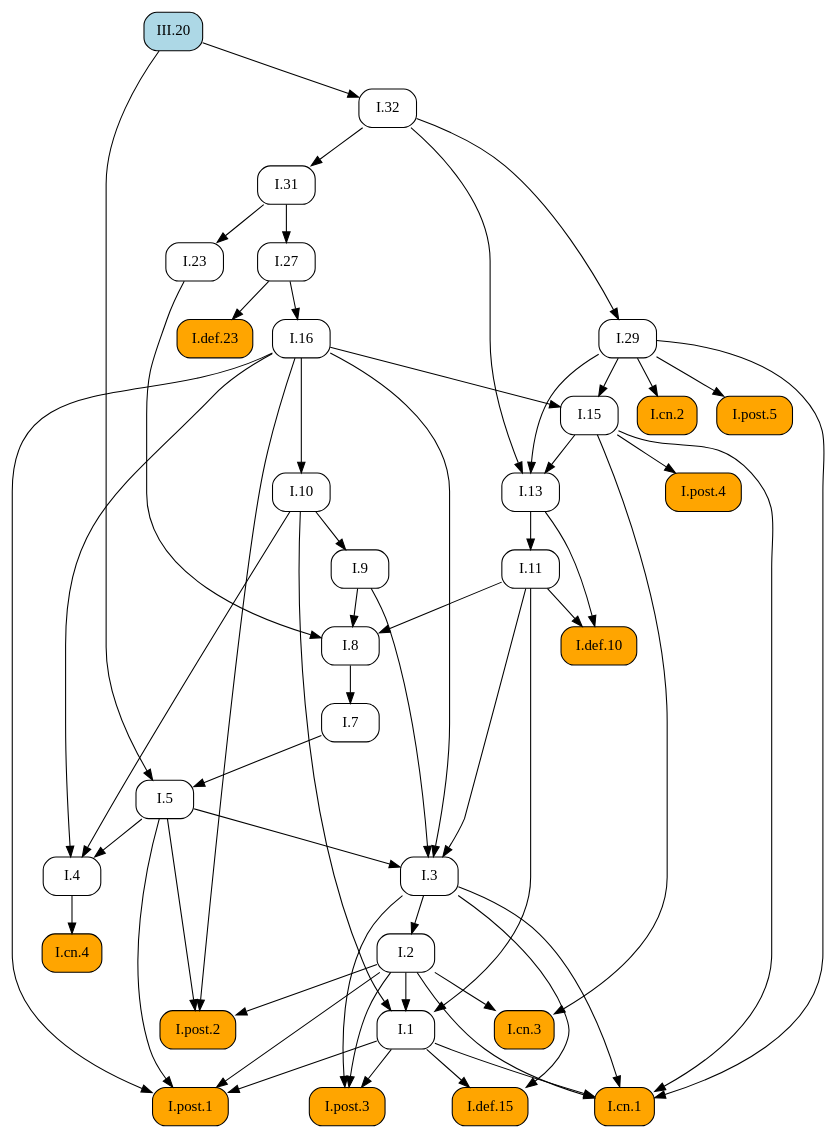
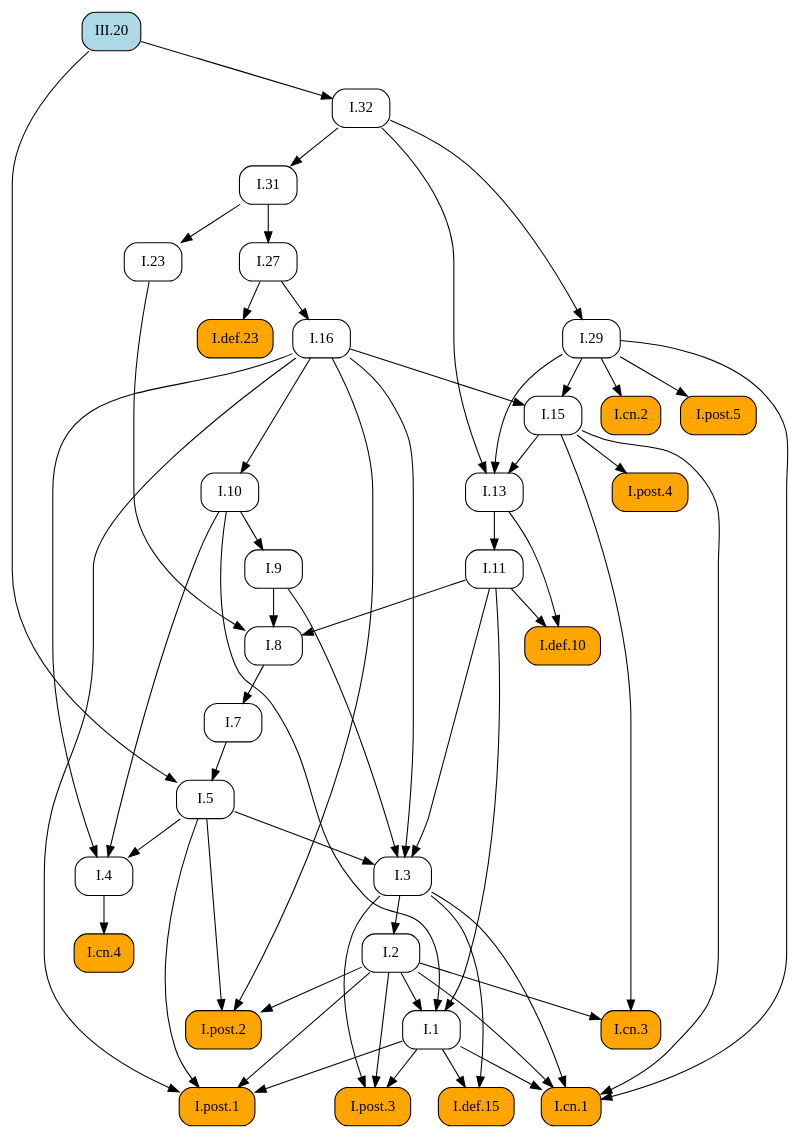
Before and after one commit to geometor/elements: the diagram in docsrc/elements2/III/20/index.rst, drawn with Graphviz. The commit also changed other lines of this file and 409 other files, not shown here.

First line of the commit message:
feat: Add image cropping and graphic extraction script

```diff
--- a/docsrc/elements2/III/20/index.rst
+++ b/docsrc/elements2/III/20/index.rst
@@ -65,92 +65,92 @@
    digraph {
      rankdir="TB";
      node [shape=box, style=rounded];
+     "I.def.15" [style="rounded,filled", fillcolor=orange, URL="/elements2/I/def.15/", target="_top"];
+     "I.31" [URL="/elements2/I/31/", target="_top"];
+     "I.def.10" [style="rounded,filled", fillcolor=orange, URL="/elements2/I/def.10/", target="_top"];
+     "I.11" [URL="/elements2/I/11/", target="_top"];
      "I.8" [URL="/elements2/I/8/", target="_top"];
+     "I.def.23" [style="rounded,filled", fillcolor=orange, URL="/elements2/I/def.23/", target="_top"];
+     "I.5" [URL="/elements2/I/5/", target="_top"];
+     "I.15" [URL="/elements2/I/15/", target="_top"];
+     "I.post.5" [style="rounded,filled", fillcolor=orange, URL="/elements2/I/post.5/", target="_top"];
+     "I.3" [URL="/elements2/I/3/", target="_top"];
+     "I.cn.2" [style="rounded,filled", fillcolor=orange, URL="/elements2/I/cn.2/", target="_top"];
+     "I.10" [URL="/elements2/I/10/", target="_top"];
+     "I.cn.3" [style="rounded,filled", fillcolor=orange, URL="/elements2/I/cn.3/", target="_top"];
+     "I.cn.1" [style="rounded,filled", fillcolor=orange, URL="/elements2/I/cn.1/", target="_top"];
+     "I.13" [URL="/elements2/I/13/", target="_top"];
      "I.32" [URL="/elements2/I/32/", target="_top"];
+     "I.4" [URL="/elements2/I/4/", target="_top"];
+     "I.post.3" [style="rounded,filled", fillcolor=orange, URL="/elements2/I/post.3/", target="_top"];
+     "I.7" [URL="/elements2/I/7/", target="_top"];
+     "I.9" [URL="/elements2/I/9/", target="_top"];
+     "I.29" [URL="/elements2/I/29/", target="_top"];
+     "I.23" [URL="/elements2/I/23/", target="_top"];
+     "I.16" [URL="/elements2/I/16/", target="_top"];
+     "I.post.1" [style="rounded,filled", fillcolor=orange, URL="/elements2/I/post.1/", target="_top"];
+     "I.2" [URL="/elements2/I/2/", target="_top"];
+     "III.20" [style="rounded,filled", fillcolor=lightblue, URL="/elements2/III/20/", target="_top"];
+     "I.27" [URL="/elements2/I/27/", target="_top"];
+     "I.cn.4" [style="rounded,filled", fillcolor=orange, URL="/elements2/I/cn.4/", target="_top"];
+     "I.post.4" [style="rounded,filled", fillcolor=orange, URL="/elements2/I/post.4/", target="_top"];
      "I.1" [URL="/elements2/I/1/", target="_top"];
-     "I.cn.4" [style="rounded,filled", fillcolor=orange, URL="/elements2/I/cn.4/", target="_top"];
-     "I.cn.3" [style="rounded,filled", fillcolor=orange, URL="/elements2/I/cn.3/", target="_top"];
-     "III.20" [style="rounded,filled", fillcolor=lightblue, URL="/elements2/III/20/", target="_top"];
-     "I.7" [URL="/elements2/I/7/", target="_top"];
-     "I.post.1" [style="rounded,filled", fillcolor=orange, URL="/elements2/I/post.1/", target="_top"];
-     "I.9" [URL="/elements2/I/9/", target="_top"];
-     "I.5" [URL="/elements2/I/5/", target="_top"];
-     "I.post.5" [style="rounded,filled", fillcolor=orange, URL="/elements2/I/post.5/", target="_top"];
-     "I.cn.1" [style="rounded,filled", fillcolor=orange, URL="/elements2/I/cn.1/", target="_top"];
-     "I.29" [URL="/elements2/I/29/", target="_top"];
-     "I.def.10" [style="rounded,filled", fillcolor=orange, URL="/elements2/I/def.10/", target="_top"];
-     "I.post.4" [style="rounded,filled", fillcolor=orange, URL="/elements2/I/post.4/", target="_top"];
-     "I.16" [URL="/elements2/I/16/", target="_top"];
-     "I.cn.2" [style="rounded,filled", fillcolor=orange, URL="/elements2/I/cn.2/", target="_top"];
-     "I.13" [URL="/elements2/I/13/", target="_top"];
-     "I.2" [URL="/elements2/I/2/", target="_top"];
-     "I.27" [URL="/elements2/I/27/", target="_top"];
-     "I.def.15" [style="rounded,filled", fillcolor=orange, URL="/elements2/I/def.15/", target="_top"];
-     "I.4" [URL="/elements2/I/4/", target="_top"];
-     "I.def.23" [style="rounded,filled", fillcolor=orange, URL="/elements2/I/def.23/", target="_top"];
-     "I.31" [URL="/elements2/I/31/", target="_top"];
-     "I.11" [URL="/elements2/I/11/", target="_top"];
-     "I.10" [URL="/elements2/I/10/", target="_top"];
-     "I.15" [URL="/elements2/I/15/", target="_top"];
-     "I.3" [URL="/elements2/I/3/", target="_top"];
      "I.post.2" [style="rounded,filled", fillcolor=orange, URL="/elements2/I/post.2/", target="_top"];
-     "I.23" [URL="/elements2/I/23/", target="_top"];
-     "I.post.3" [style="rounded,filled", fillcolor=orange, URL="/elements2/I/post.3/", target="_top"];
+     "I.1" -> "I.def.15";
+     "I.3" -> "I.def.15";
+     "I.32" -> "I.31";
+     "I.11" -> "I.def.10";
+     "I.13" -> "I.def.10";
+     "I.13" -> "I.11";
      "I.9" -> "I.8";
      "I.11" -> "I.8";
      "I.23" -> "I.8";
-     "III.20" -> "I.32";
-     "I.2" -> "I.1";
-     "I.10" -> "I.1";
-     "I.11" -> "I.1";
-     "I.4" -> "I.cn.4";
+     "I.27" -> "I.def.23";
+     "I.7" -> "I.5";
+     "III.20" -> "I.5";
+     "I.16" -> "I.15";
+     "I.29" -> "I.15";
+     "I.29" -> "I.post.5";
+     "I.5" -> "I.3";
+     "I.9" -> "I.3";
+     "I.11" -> "I.3";
+     "I.16" -> "I.3";
+     "I.29" -> "I.cn.2";
+     "I.16" -> "I.10";
      "I.2" -> "I.cn.3";
      "I.15" -> "I.cn.3";
-     "I.8" -> "I.7";
-     "I.1" -> "I.post.1";
-     "I.2" -> "I.post.1";
-     "I.5" -> "I.post.1";
-     "I.16" -> "I.post.1";
-     "I.10" -> "I.9";
-     "I.7" -> "I.5";
-     "III.20" -> "I.5";
-     "I.29" -> "I.post.5";
      "I.1" -> "I.cn.1";
      "I.2" -> "I.cn.1";
      "I.3" -> "I.cn.1";
      "I.15" -> "I.cn.1";
      "I.29" -> "I.cn.1";
-     "I.32" -> "I.29";
-     "I.11" -> "I.def.10";
-     "I.13" -> "I.def.10";
-     "I.15" -> "I.post.4";
-     "I.27" -> "I.16";
-     "I.29" -> "I.cn.2";
      "I.15" -> "I.13";
      "I.29" -> "I.13";
      "I.32" -> "I.13";
-     "I.3" -> "I.2";
-     "I.31" -> "I.27";
-     "I.1" -> "I.def.15";
-     "I.3" -> "I.def.15";
+     "III.20" -> "I.32";
      "I.5" -> "I.4";
      "I.10" -> "I.4";
      "I.16" -> "I.4";
-     "I.27" -> "I.def.23";
-     "I.32" -> "I.31";
-     "I.13" -> "I.11";
-     "I.16" -> "I.10";
-     "I.16" -> "I.15";
-     "I.29" -> "I.15";
-     "I.5" -> "I.3";
-     "I.9" -> "I.3";
-     "I.11" -> "I.3";
-     "I.16" -> "I.3";
+     "I.1" -> "I.post.3";
+     "I.2" -> "I.post.3";
+     "I.3" -> "I.post.3";
+     "I.8" -> "I.7";
+     "I.10" -> "I.9";
+     "I.32" -> "I.29";
+     "I.31" -> "I.23";
+     "I.27" -> "I.16";
+     "I.1" -> "I.post.1";
+     "I.2" -> "I.post.1";
+     "I.5" -> "I.post.1";
+     "I.16" -> "I.post.1";
+     "I.3" -> "I.2";
+     "I.31" -> "I.27";
+     "I.4" -> "I.cn.4";
+     "I.15" -> "I.post.4";
+     "I.2" -> "I.1";
+     "I.10" -> "I.1";
+     "I.11" -> "I.1";
      "I.2" -> "I.post.2";
      "I.5" -> "I.post.2";
      "I.16" -> "I.post.2";
-     "I.31" -> "I.23";
-     "I.1" -> "I.post.3";
-     "I.2" -> "I.post.3";
-     "I.3" -> "I.post.3";
    }
```
